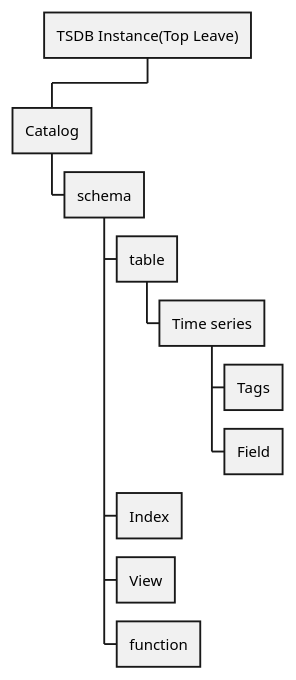
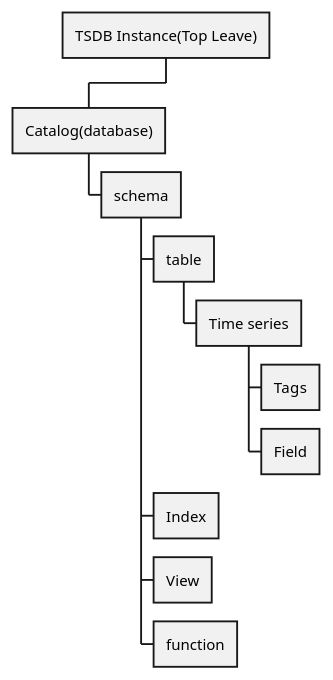
One commit to Sheldon-Hsu/tsdb changed the diagram in doc/design/Logical.puml. Above: the diagram before and after it, drawn with PlantUML.

Commit message:
Update Logical.puml
add alias for catalog in design

```diff
--- a/doc/design/Logical.puml
+++ b/doc/design/Logical.puml
@@ -1,14 +1,14 @@
 @startwbs
 'https://plantuml.com/wbs-diagram
 
 + TSDB Instance(Top Leave)
-++ Catalog
+++ Catalog(database)
 +++ schema
 ++++ table
 +++++ Time series
 ++++++ Tags
 ++++++ Field
 ++++ Index
 ++++ View
 ++++ function
 @endwbs
```
